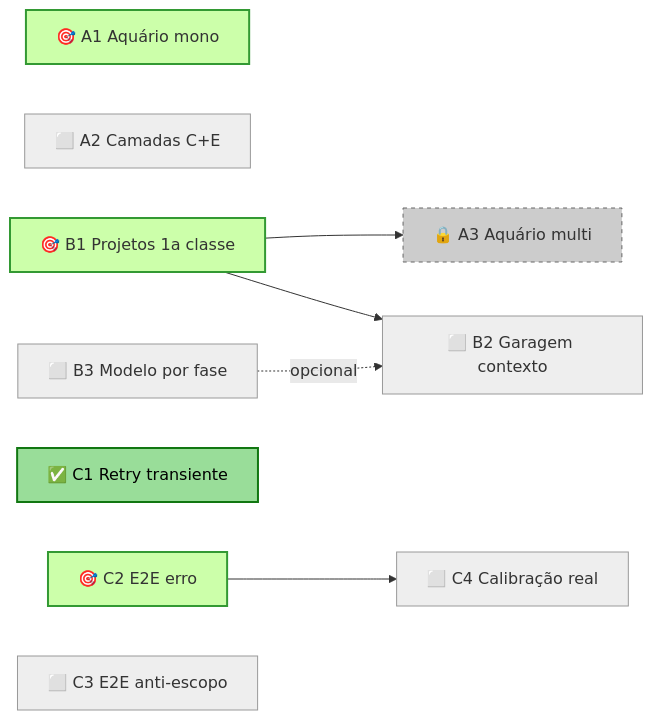
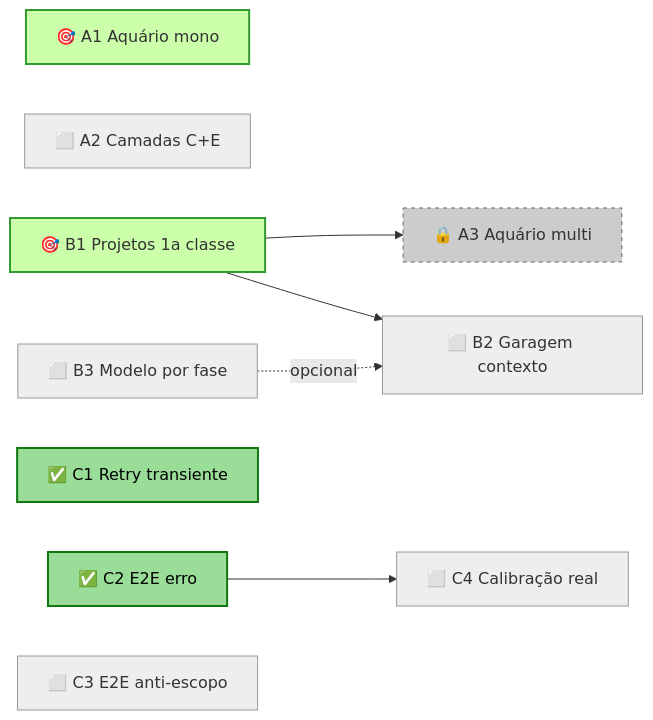
The fourth of 4 diagrams in docs/arvore.md (x-force-42/mmb-core), drawn with Mermaid before and after one commit. The commit also changed other lines of this file and 2 other files, not shown here.

````diff
--- a/docs/arvore.md
+++ b/docs/arvore.md
@@ -171,26 +179,26 @@
 ```mermaid
 flowchart LR
   classDef ready  fill:#cfa,stroke:#393,stroke-width:2px
   classDef done   fill:#9d9,stroke:#171,stroke-width:2px,color:#000
   classDef todo   fill:#eee,stroke:#999
   classDef locked fill:#ccc,stroke:#666,stroke-dasharray:4
 
   A1[🎯 A1 Aquário mono]:::ready
   A2[⬜ A2 Camadas C+E]:::todo
   A3[🔒 A3 Aquário multi]:::locked
 
   B1[🎯 B1 Projetos 1a classe]:::ready
   B2[⬜ B2 Garagem contexto]:::todo
   B3[⬜ B3 Modelo por fase]:::todo
 
   C1[✅ C1 Retry transiente]:::done
-  C2[🎯 C2 E2E erro]:::ready
+  C2[✅ C2 E2E erro]:::done
   C3[⬜ C3 E2E anti-escopo]:::todo
   C4[⬜ C4 Calibração real]:::todo
 
   B1 --> A3
   B1 --> B2
   C2 --> C4
 
   B3 -.opcional.-> B2
 ```
````
